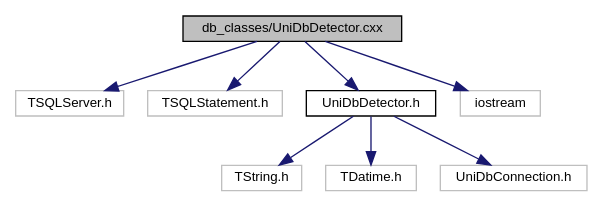
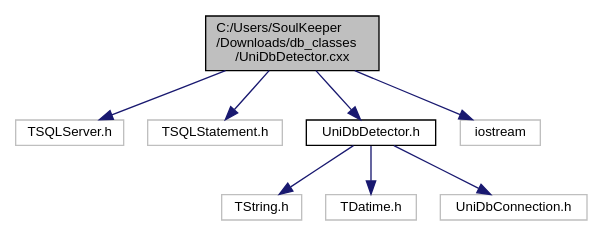
Before and after one commit to mam-mih-val/bmnroot: the diagram in uni_db/docs/ref_man/_uni_db_detector_8cxx__incl.dot, drawn with Graphviz. The commit also changed 142 other files, not shown here.

```diff
--- a/uni_db/docs/ref_man/_uni_db_detector_8cxx__incl.dot
+++ b/uni_db/docs/ref_man/_uni_db_detector_8cxx__incl.dot
@@ -1,20 +1,20 @@
-digraph "db_classes/UniDbDetector.cxx"
+digraph "C:/Users/SoulKeeper/Downloads/db_classes/UniDbDetector.cxx"
 {
   edge [fontname="Helvetica",fontsize="10",labelfontname="Helvetica",labelfontsize="10"];
   node [fontname="Helvetica",fontsize="10",shape=record];
-  Node1 [label="db_classes/UniDbDetector.cxx",height=0.2,width=0.4,color="black", fillcolor="grey75", style="filled", fontcolor="black"];
+  Node1 [label="C:/Users/SoulKeeper\l/Downloads/db_classes\l/UniDbDetector.cxx",height=0.2,width=0.4,color="black", fillcolor="grey75", style="filled", fontcolor="black"];
   Node1 -> Node2 [color="midnightblue",fontsize="10",style="solid",fontname="Helvetica"];
   Node2 [label="TSQLServer.h",height=0.2,width=0.4,color="grey75", fillcolor="white", style="filled"];
   Node1 -> Node3 [color="midnightblue",fontsize="10",style="solid",fontname="Helvetica"];
   Node3 [label="TSQLStatement.h",height=0.2,width=0.4,color="grey75", fillcolor="white", style="filled"];
   Node1 -> Node4 [color="midnightblue",fontsize="10",style="solid",fontname="Helvetica"];
   Node4 [label="UniDbDetector.h",height=0.2,width=0.4,color="black", fillcolor="white", style="filled",URL="$_uni_db_detector_8h.html"];
   Node4 -> Node5 [color="midnightblue",fontsize="10",style="solid",fontname="Helvetica"];
   Node5 [label="TString.h",height=0.2,width=0.4,color="grey75", fillcolor="white", style="filled"];
   Node4 -> Node6 [color="midnightblue",fontsize="10",style="solid",fontname="Helvetica"];
   Node6 [label="TDatime.h",height=0.2,width=0.4,color="grey75", fillcolor="white", style="filled"];
   Node4 -> Node7 [color="midnightblue",fontsize="10",style="solid",fontname="Helvetica"];
   Node7 [label="UniDbConnection.h",height=0.2,width=0.4,color="grey75", fillcolor="white", style="filled"];
   Node1 -> Node8 [color="midnightblue",fontsize="10",style="solid",fontname="Helvetica"];
   Node8 [label="iostream",height=0.2,width=0.4,color="grey75", fillcolor="white", style="filled"];
 }
```
